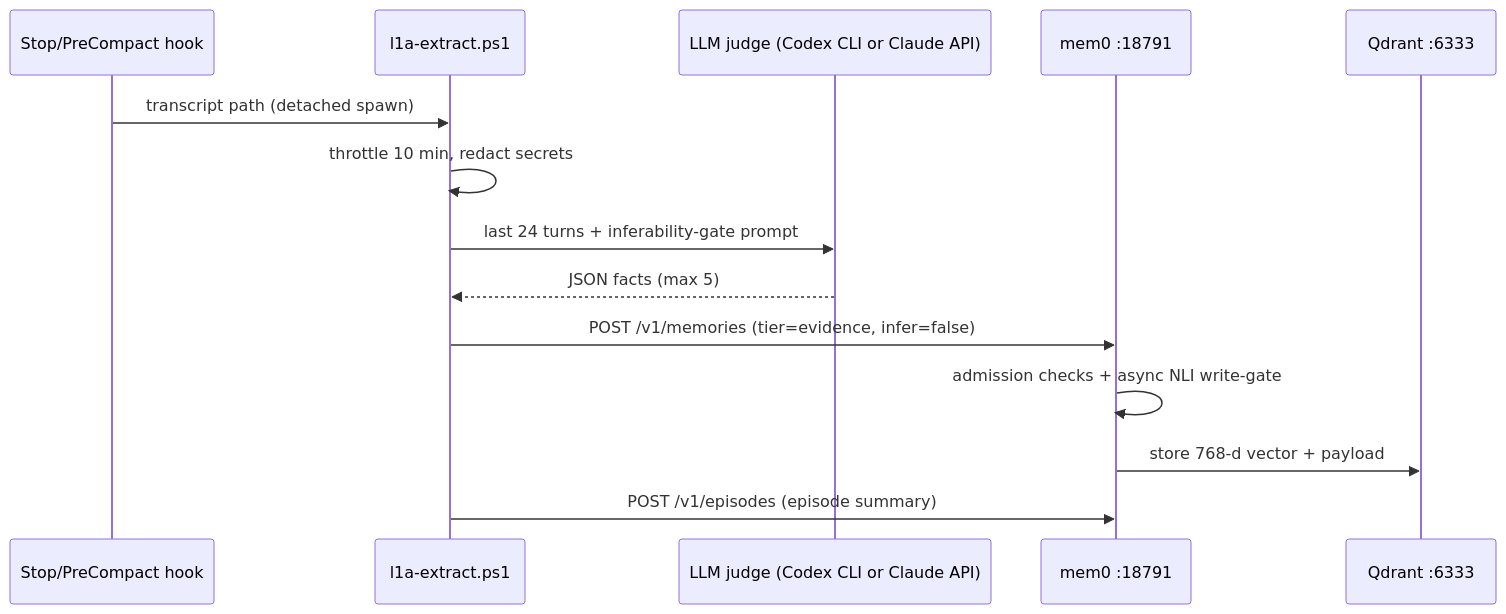
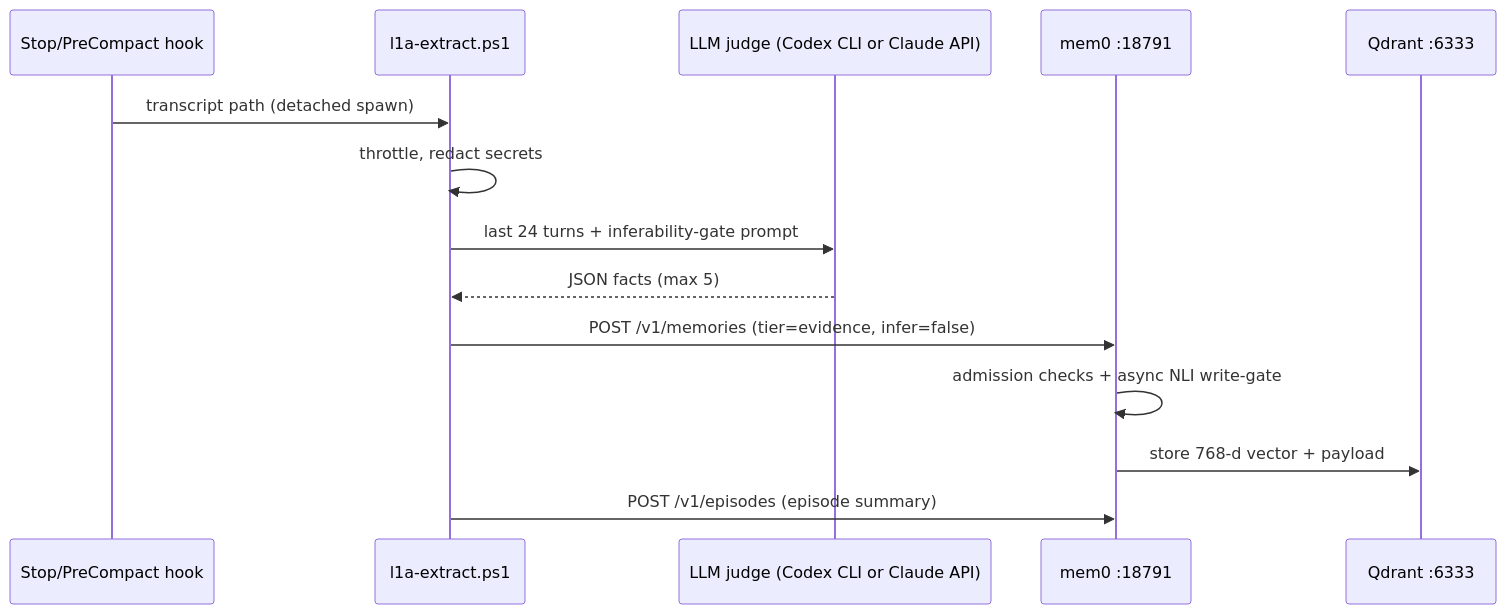
Before and after one commit to dmmdea/agentic-memory-stack-for-claude-code: the second of 3 diagrams in ARCHITECTURE.md, drawn with Mermaid. The commit also changed other lines of this file and 6 other files, not shown here.

````diff
--- a/ARCHITECTURE.md
+++ b/ARCHITECTURE.md
@@ -85,16 +85,16 @@
 ```mermaid
 sequenceDiagram
     participant S as Stop/PreCompact hook
     participant L as l1a-extract.ps1
     participant X as LLM judge (Codex CLI or Claude API)
     participant M as mem0 :18791
     participant Q as Qdrant :6333
     S->>L: transcript path (detached spawn)
-    L->>L: throttle 10 min, redact secrets
+    L->>L: throttle, redact secrets
     L->>X: last 24 turns + inferability-gate prompt
     X-->>L: JSON facts (max 5)
     L->>M: POST /v1/memories (tier=evidence, infer=false)
     M->>M: admission checks + async NLI write-gate
     M->>Q: store 768-d vector + payload
     L->>M: POST /v1/episodes (episode summary)
 ```
````
